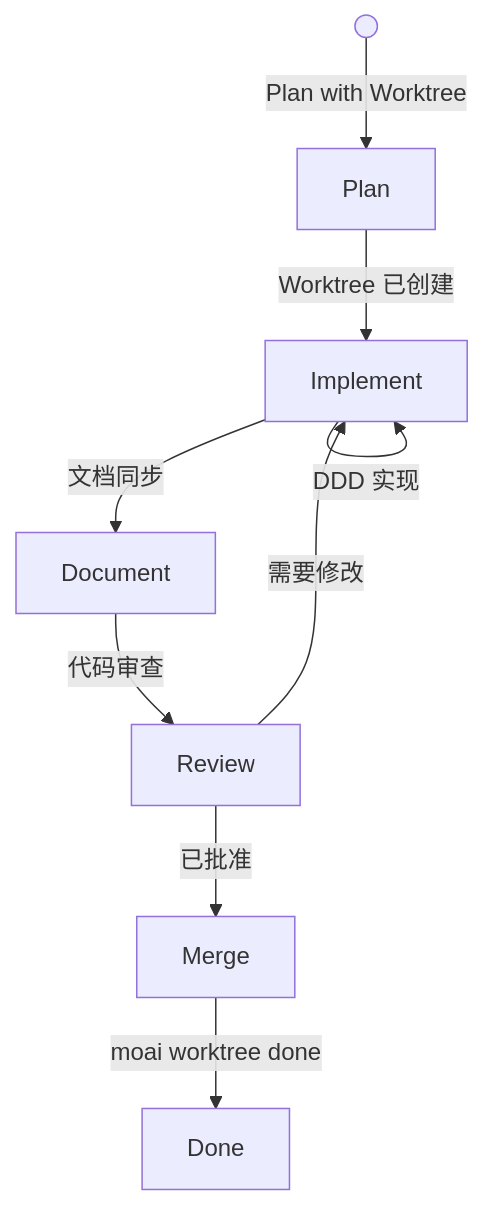
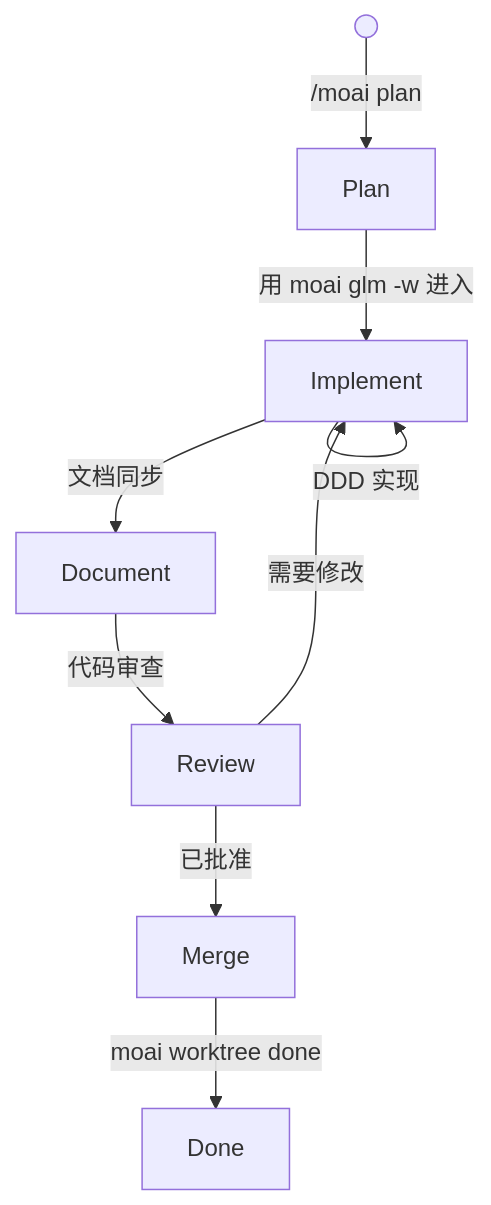
Before and after one commit to modu-ai/moai-adk: the fourth of 9 diagrams in docs-site/content/zh/worktree/guide.md, drawn with Mermaid. The commit also changed other lines of this file and 35 other files, not shown here.

````diff
--- a/docs-site/content/zh/worktree/guide.md
+++ b/docs-site/content/zh/worktree/guide.md
@@ -443,11 +376,11 @@
 ```mermaid
 flowchart TD
-    Start(( )) -->|"Plan with Worktree"| Plan["Plan"]
-    Plan -->|"Worktree 已创建"| Implement["Implement"]
+    Start(( )) -->|"/moai plan"| Plan["Plan"]
+    Plan -->|"用 moai glm -w 进入"| Implement["Implement"]
     Implement -->|"DDD 实现"| Implement
     Implement -->|"文档同步"| Document["Document"]
     Document -->|"代码审查"| Review["Review"]
     Review -->|"已批准"| Merge["Merge"]
     Review -->|"需要修改"| Implement
     Merge -->|"moai worktree done"| Done["Done"]
 ```
````
